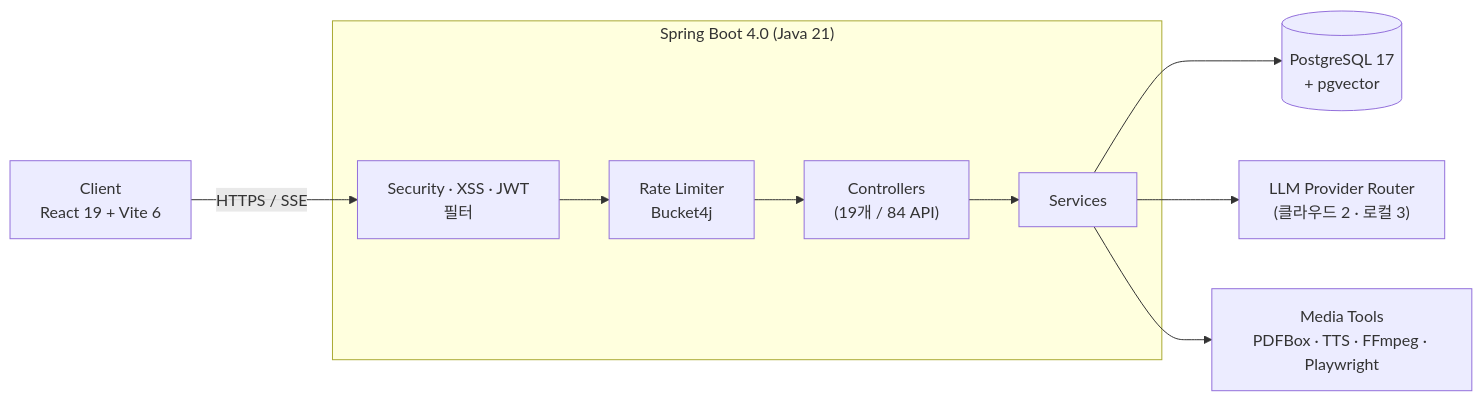
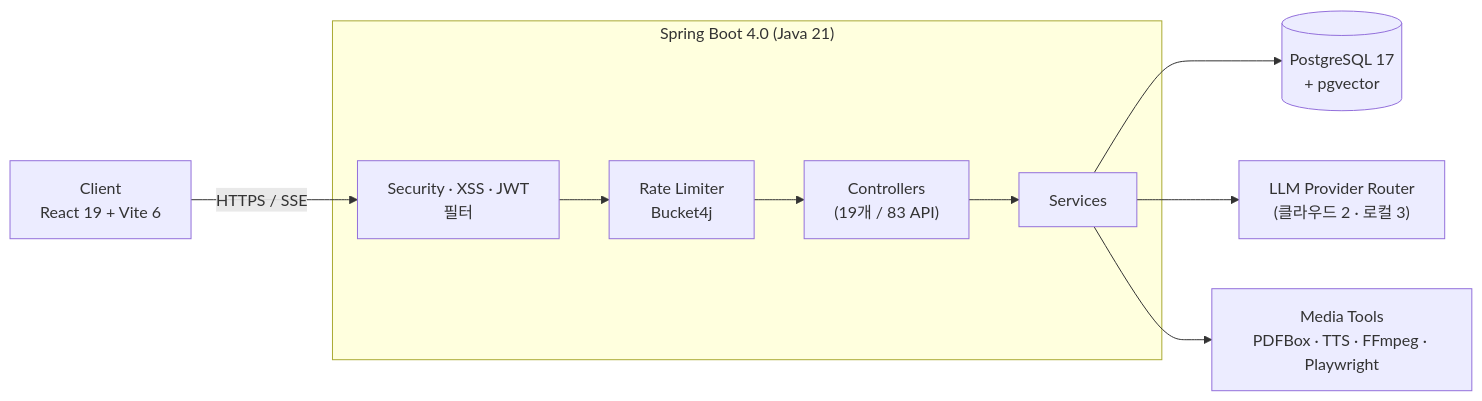
One commit to hsm1020s/DevLearn_FE changed the second of 4 diagrams in README.md. Above: the diagram before and after it, drawn with Mermaid. The commit also changed other lines of this file, not shown here.

Commit message:
docs(readme): API 엔드포인트 수 실측 반영 (84 → 83)
메서드 핸들러 기준 실측. 기준일 2026-05-16.

````diff
--- a/README.md
+++ b/README.md
@@ -444,19 +444,19 @@
 ```mermaid
 flowchart LR
     C["Client<br/>React 19 + Vite 6"]
     subgraph BE["Spring Boot 4.0 (Java 21)"]
         F["Security · XSS · JWT<br/>필터"]
         R["Rate Limiter<br/>Bucket4j"]
-        CTL["Controllers<br/>(19개 / 84 API)"]
+        CTL["Controllers<br/>(19개 / 83 API)"]
         SVC["Services"]
         F --> R --> CTL --> SVC
     end
     DB[("PostgreSQL 17<br/>+ pgvector")]
     LLM["LLM Provider Router<br/>(클라우드 2 · 로컬 3)"]
     MEDIA["Media Tools<br/>PDFBox · TTS · FFmpeg · Playwright"]
 
     C -->|HTTPS / SSE| F
     SVC --> DB
     SVC --> LLM
     SVC --> MEDIA
 ```
````
